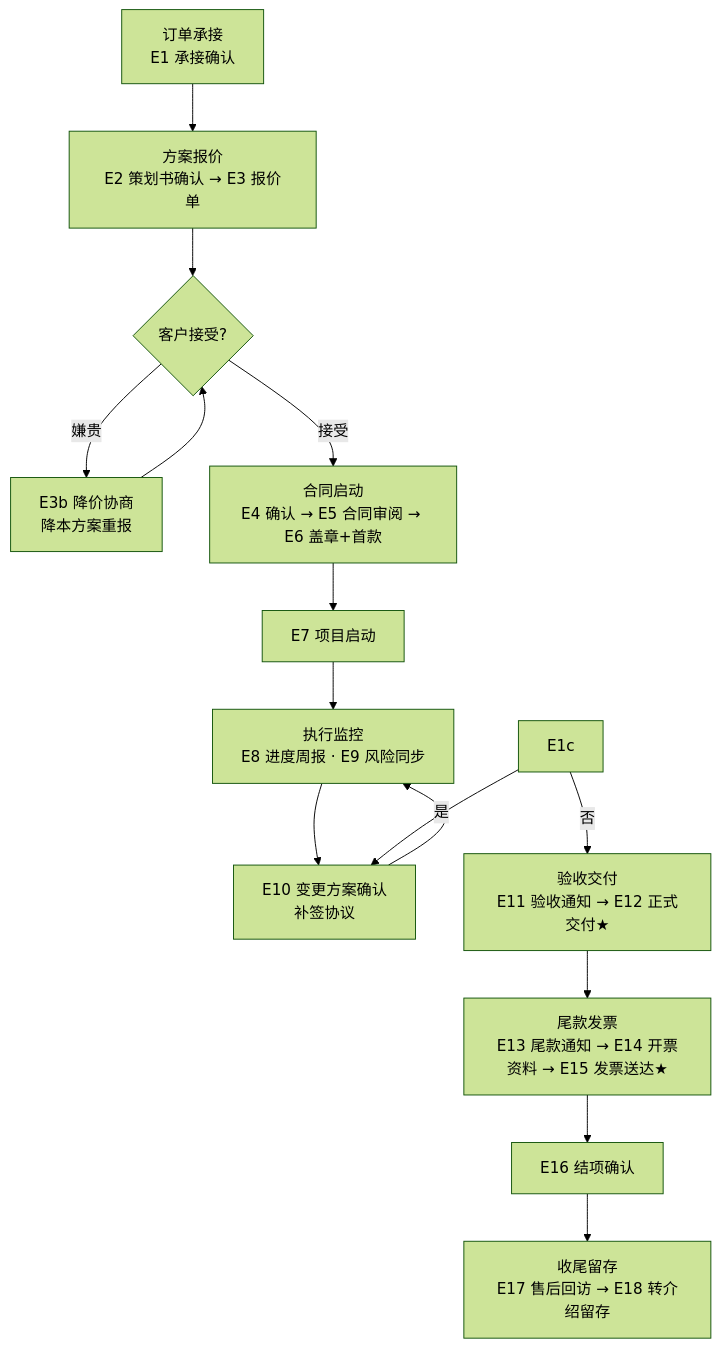
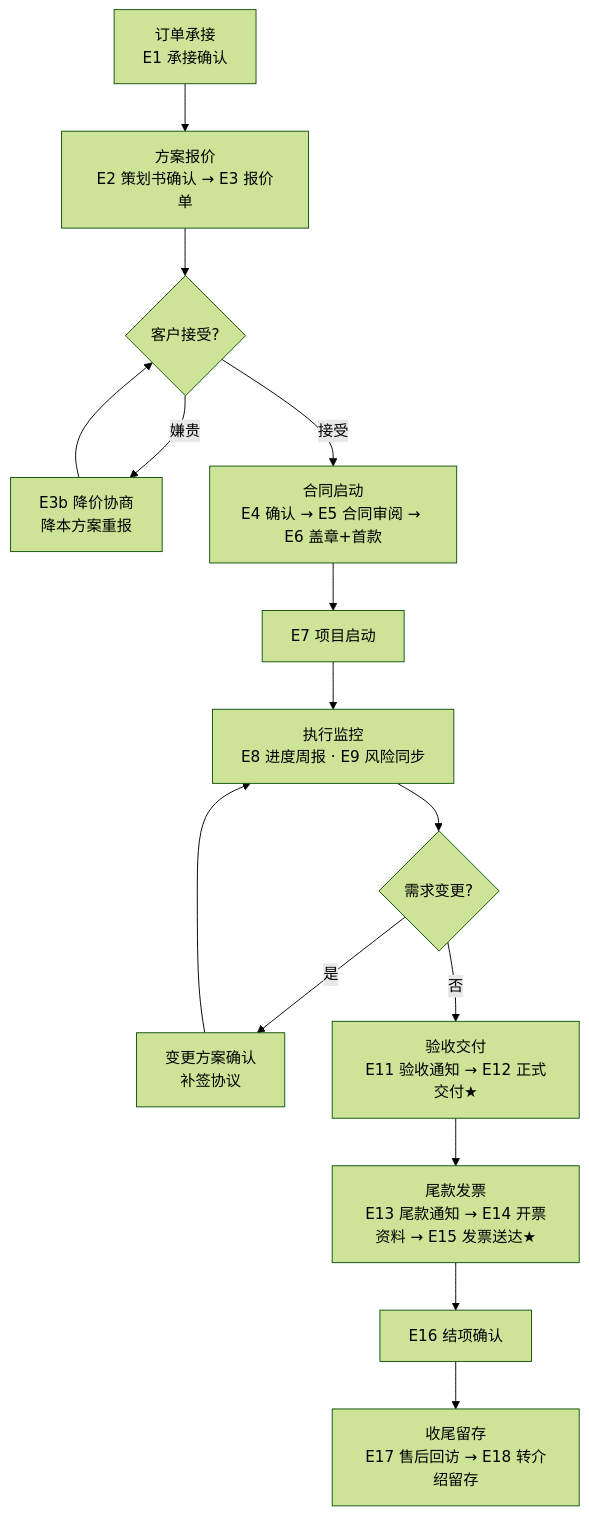
One commit to quanttide/quanttide-handbook-of-business-entity changed the diagram in qtdata/connect/email.md. Above: the diagram before and after it, drawn with Mermaid (forest theme). The commit also changed other lines of this file, not shown here.

Commit message:
docs: 注明节点编号 E 为 Email 缩写，修复流程图分支节点

````diff
--- a/qtdata/connect/email.md
+++ b/qtdata/connect/email.md
@@ -17,17 +18,17 @@
 ```mermaid
 flowchart TD
     A[订单承接<br>E1 承接确认] --> B[方案报价<br>E2 策划书确认 → E3 报价单]
     B --> B1{客户接受?}
     B1 -- 嫌贵 --> B2[E3b 降价协商<br>降本方案重报]
     B2 --> B1
     B1 -- 接受 --> C[合同启动<br>E4 确认 → E5 合同审阅 → E6 盖章+首款]
     C --> D[E7 项目启动]
     D --> E[执行监控<br>E8 进度周报 · E9 风险同步]
     E --> E10{需求变更?}
-    E1c -- 是 --> E10[E10 变更方案确认<br>补签协议]
-    E10 --> E
-    E1c -- 否 --> F[验收交付<br>E11 验收通知 → E12 正式交付★]
+    E10 -- 是 --> E10a[变更方案确认<br>补签协议]
+    E10a --> E
+    E10 -- 否 --> F[验收交付<br>E11 验收通知 → E12 正式交付★]
     F --> G[尾款发票<br>E13 尾款通知 → E14 开票资料 → E15 发票送达★]
     G --> H[E16 结项确认]
     H --> I[收尾留存<br>E17 售后回访 → E18 转介绍留存]
 ```
````
